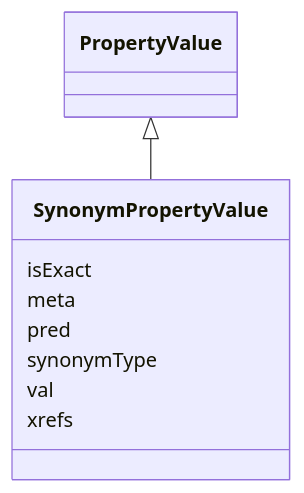
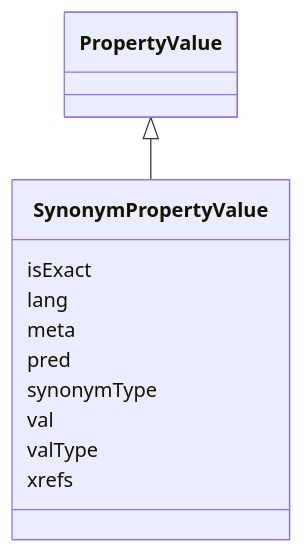
One commit to INCATools/ontology-access-kit changed the diagram in obograph/SynonymPropertyValue.md. Above: the diagram before and after it, drawn with Mermaid. The commit also changed other lines of this file and 697 other files, not shown here.

````diff
--- a/obograph/SynonymPropertyValue.md
+++ b/obograph/SynonymPropertyValue.md
@@ -11,13 +11,15 @@
 ```{mermaid}
  classDiagram
     class SynonymPropertyValue
       PropertyValue <|-- SynonymPropertyValue
       
       SynonymPropertyValue : isExact
+      SynonymPropertyValue : lang
       SynonymPropertyValue : meta
       SynonymPropertyValue : pred
       SynonymPropertyValue : synonymType
       SynonymPropertyValue : val
+      SynonymPropertyValue : valType
       SynonymPropertyValue : xrefs
       
 ```
````
